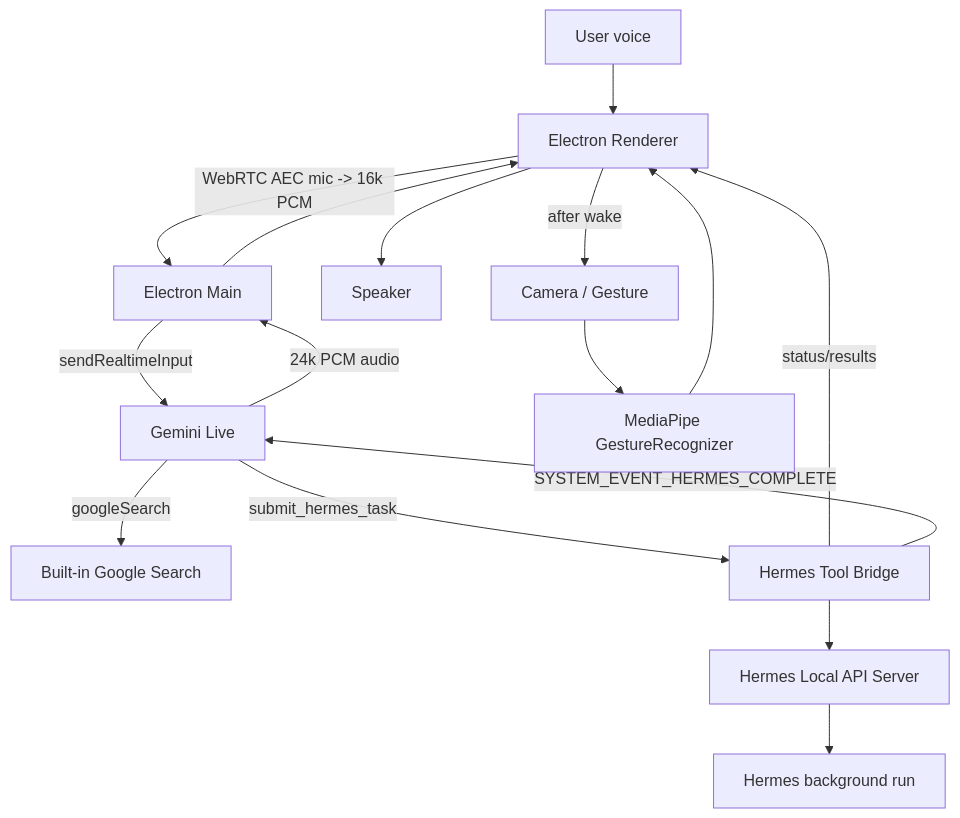
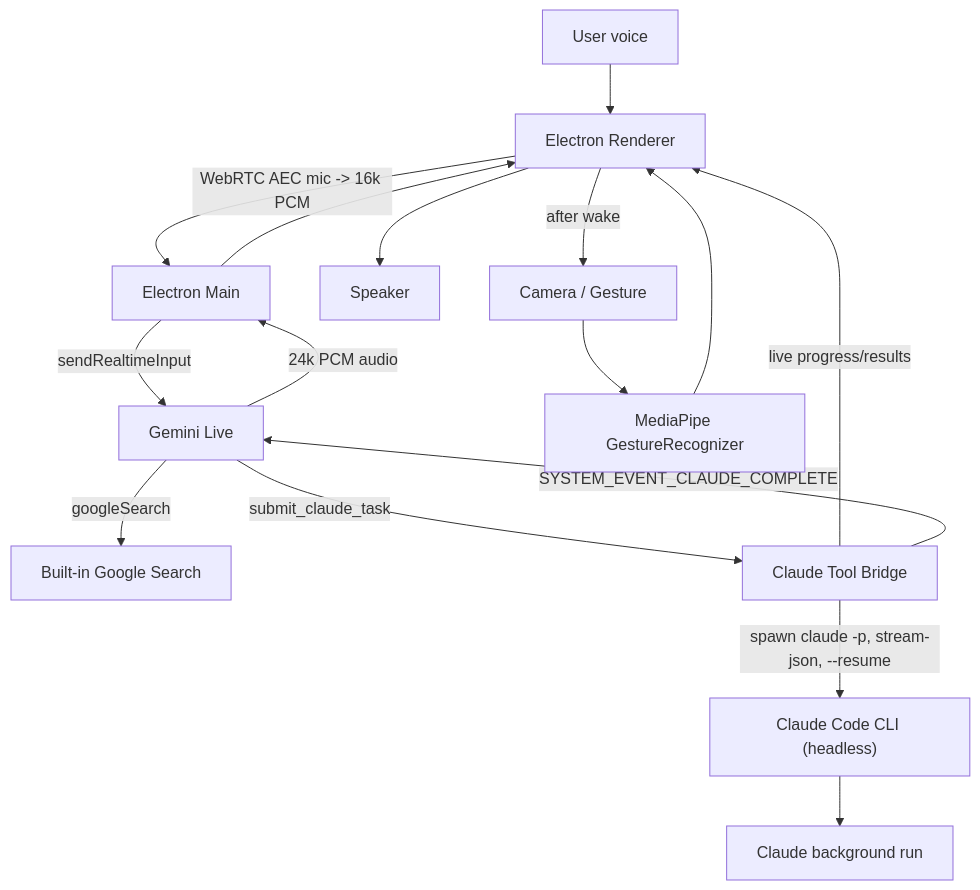
Before and after one commit to mrqhocungdungai-vn/myiris: the diagram in plan.md, drawn with Mermaid. The commit also changed other lines of this file and 161 other files, not shown here.

First line of the commit message:
Replace Hermes with Claude role pipeline

````diff
--- a/plan.md
+++ b/plan.md
@@ -52,20 +46,20 @@
 ```mermaid
 flowchart TD
   UserVoice["User voice"] --> Renderer["Electron Renderer"]
   Renderer -->|"WebRTC AEC mic -> 16k PCM"| Main["Electron Main"]
   Main -->|"sendRealtimeInput"| GeminiLive["Gemini Live"]
   GeminiLive -->|"24k PCM audio"| Main
   Main --> Renderer
   Renderer --> Speaker["Speaker"]
 
   GeminiLive -->|"googleSearch"| GoogleSearch["Built-in Google Search"]
-  GeminiLive -->|"submit_hermes_task"| HermesBridge["Hermes Tool Bridge"]
-  HermesBridge --> HermesAPI["Hermes Local API Server"]
-  HermesAPI --> HermesRun["Hermes background run"]
-  HermesBridge -->|"status/results"| Renderer
-  HermesBridge -->|"SYSTEM_EVENT_HERMES_COMPLETE"| GeminiLive
+  GeminiLive -->|"submit_claude_task"| ClaudeBridge["Claude Tool Bridge"]
+  ClaudeBridge -->|"spawn claude -p, stream-json, --resume"| ClaudeCLI["Claude Code CLI (headless)"]
+  ClaudeCLI --> ClaudeRun["Claude background run"]
+  ClaudeBridge -->|"live progress/results"| Renderer
+  ClaudeBridge -->|"SYSTEM_EVENT_CLAUDE_COMPLETE"| GeminiLive
 
   Renderer -->|"after wake"| Camera["Camera / Gesture"]
   Camera --> MediaPipe["MediaPipe GestureRecognizer"]
   MediaPipe --> Renderer
 ```
````
